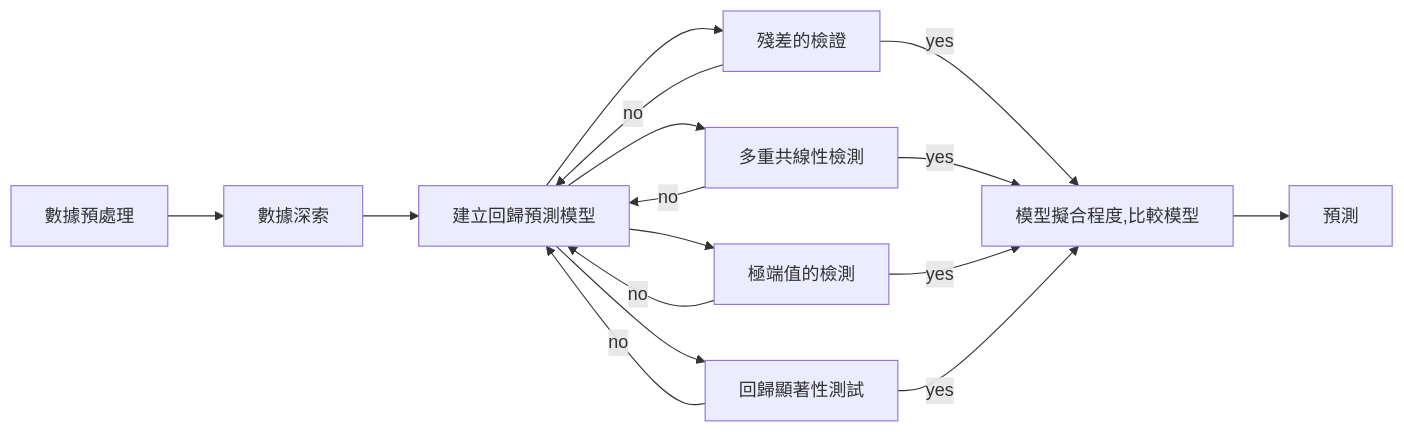
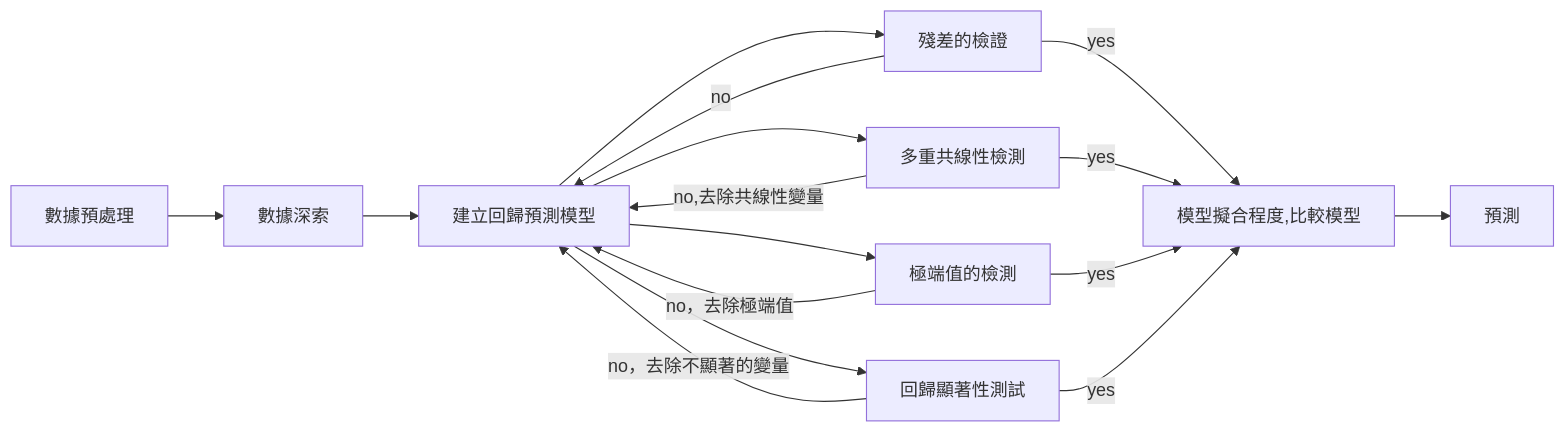
The diagram in _posts/2019-06-18-statistic_regression.md (chchoiw/chchoiw.github.io), drawn with Mermaid before and after one commit. The commit also changed other lines of this file, not shown here.

````diff
--- a/_posts/2019-06-18-statistic_regression.md
+++ b/_posts/2019-06-18-statistic_regression.md
@@ -328,30 +332,30 @@
 ```mermaid
 graph LR
 id0[數據預處理]
 id1[數據深索]
 id2[建立回歸預測模型]
 id3[殘差的檢證]
 id4[多重共線性檢測]
 id5[極端值的檢測]
 id6[回歸顯著性測試]
 id7[模型擬合程度,比較模型]
 id8[預測]
 
 
 id0-->id1
 id1-->id2
 id2-->id3
 id2-->id4
 id2-->id5
 id2-->id6
 id3-->|yes|id7
 id4-->|yes|id7
 id5-->|yes|id7
 id6-->|yes|id7
 id3-->|no|id2
-id4-->|no|id2
-id5-->|no|id2
-id6-->|no|id2 
+id4-->|no,去除共線性變量|id2
+id5-->|no，去除極端值|id2
+id6-->|no，去除不顯著的變量|id2 
 
 id7-->id8
 ```
````
